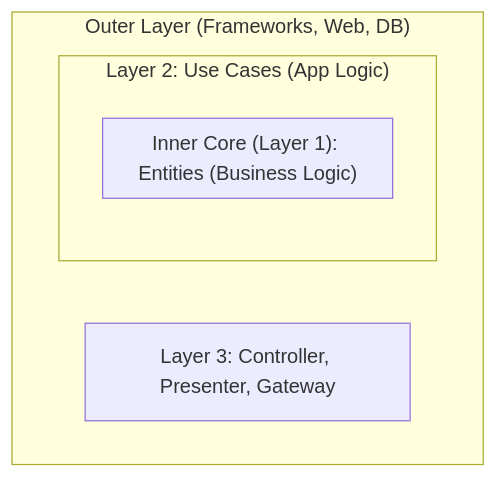
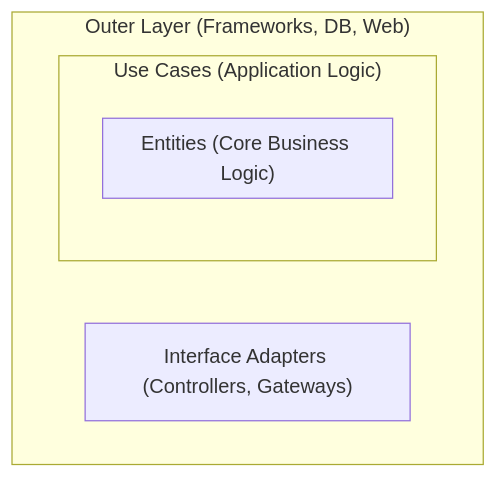
The diagram in src/content/en/he-thong/clean-architecture.md (Mrnobody102/it-interview-prep), drawn with Mermaid before and after one commit. The commit also changed other lines of this file and 18 other files, not shown here.

Commit message:
docs: comprehensive rewrite of core architecture and database fundamentals (VI & EN)

````diff
--- a/src/content/en/he-thong/clean-architecture.md
+++ b/src/content/en/he-thong/clean-architecture.md
@@ -14,10 +19,10 @@
 ```mermaid
 flowchart TD
-    subgraph FR["Outer Layer (Frameworks, Web, DB)"]
-        IA["Layer 3: Controller, Presenter, Gateway"]
-        subgraph AL["Layer 2: Use Cases (App Logic)"]
-            subgraph DL["Inner Core (Layer 1): Entities (Business Logic)"]
+    subgraph Outer["Outer Layer (Frameworks, DB, Web)"]
+        IA["Interface Adapters (Controllers, Gateways)"]
+        subgraph App["Use Cases (Application Logic)"]
+            subgraph Core["Entities (Core Business Logic)"]
             end
         end
     end
 ```
````
